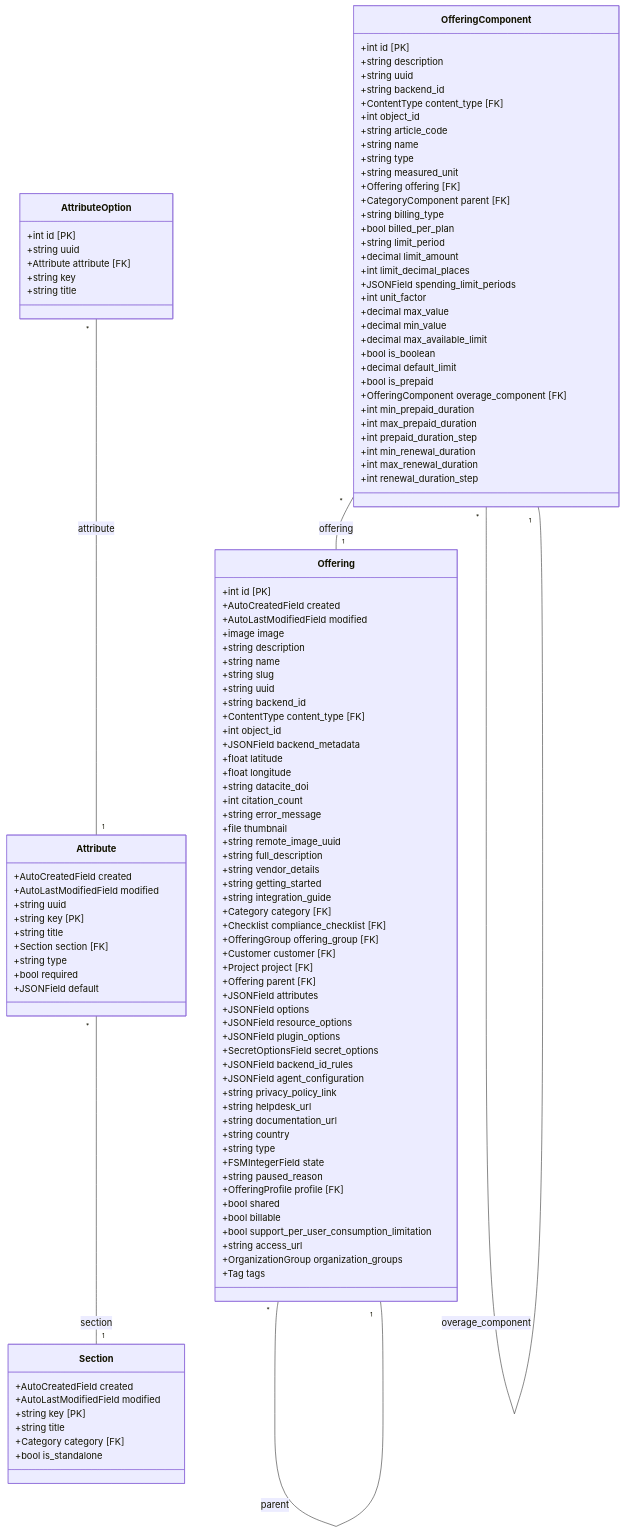
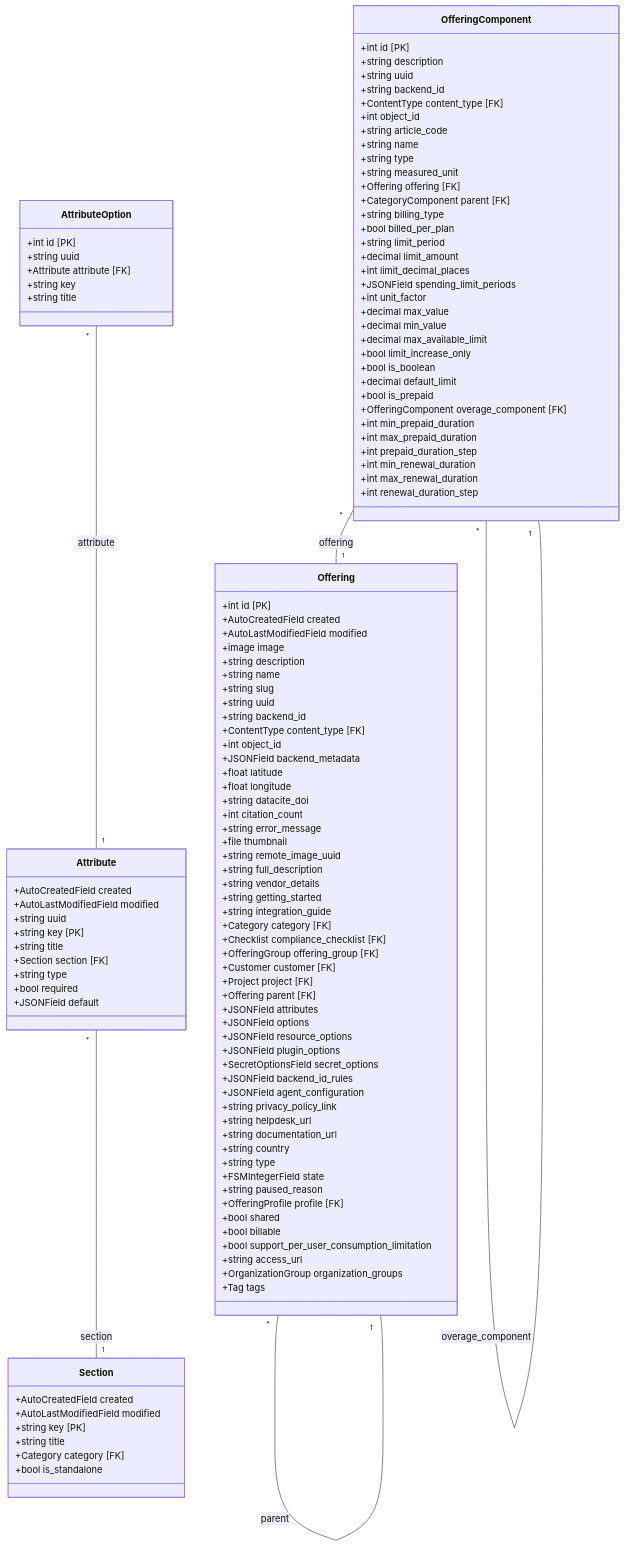
One commit to waldur/waldur-docs changed the diagram in docs/developer-guide/marketplace_catalog.mmd. Above: the diagram before and after it, drawn with Mermaid. The commit also changed 62 other files, not shown here.

```diff
--- a/docs/developer-guide/marketplace_catalog.mmd
+++ b/docs/developer-guide/marketplace_catalog.mmd
@@ -1,119 +1,120 @@
 classDiagram
     direction TB
     class Section {
         +AutoCreatedField created
         +AutoLastModifiedField modified
         +string key [PK]
         +string title
         +Category category [FK]
         +bool is_standalone
     }
     class Attribute {
         +AutoCreatedField created
         +AutoLastModifiedField modified
         +string uuid
         +string key [PK]
         +string title
         +Section section [FK]
         +string type
         +bool required
         +JSONField default
     }
     class AttributeOption {
         +int id [PK]
         +string uuid
         +Attribute attribute [FK]
         +string key
         +string title
     }
     class Offering {
         +int id [PK]
         +AutoCreatedField created
         +AutoLastModifiedField modified
         +image image
         +string description
         +string name
         +string slug
         +string uuid
         +string backend_id
         +ContentType content_type [FK]
         +int object_id
         +JSONField backend_metadata
         +float latitude
         +float longitude
         +string datacite_doi
         +int citation_count
         +string error_message
         +file thumbnail
         +string remote_image_uuid
         +string full_description
         +string vendor_details
         +string getting_started
         +string integration_guide
         +Category category [FK]
         +Checklist compliance_checklist [FK]
         +OfferingGroup offering_group [FK]
         +Customer customer [FK]
         +Project project [FK]
         +Offering parent [FK]
         +JSONField attributes
         +JSONField options
         +JSONField resource_options
         +JSONField plugin_options
         +SecretOptionsField secret_options
         +JSONField backend_id_rules
         +JSONField agent_configuration
         +string privacy_policy_link
         +string helpdesk_url
         +string documentation_url
         +string country
         +string type
         +FSMIntegerField state
         +string paused_reason
         +OfferingProfile profile [FK]
         +bool shared
         +bool billable
         +bool support_per_user_consumption_limitation
         +string access_url
         +OrganizationGroup organization_groups
         +Tag tags
     }
     class OfferingComponent {
         +int id [PK]
         +string description
         +string uuid
         +string backend_id
         +ContentType content_type [FK]
         +int object_id
         +string article_code
         +string name
         +string type
         +string measured_unit
         +Offering offering [FK]
         +CategoryComponent parent [FK]
         +string billing_type
         +bool billed_per_plan
         +string limit_period
         +decimal limit_amount
         +int limit_decimal_places
         +JSONField spending_limit_periods
         +int unit_factor
         +decimal max_value
         +decimal min_value
         +decimal max_available_limit
+        +bool limit_increase_only
         +bool is_boolean
         +decimal default_limit
         +bool is_prepaid
         +OfferingComponent overage_component [FK]
         +int min_prepaid_duration
         +int max_prepaid_duration
         +int prepaid_duration_step
         +int min_renewal_duration
         +int max_renewal_duration
         +int renewal_duration_step
     }
     Attribute "*" -- "1" Section : section
     AttributeOption "*" -- "1" Attribute : attribute
     Offering "*" -- "1" Offering : parent
     OfferingComponent "*" -- "1" Offering : offering
     OfferingComponent "*" -- "1" OfferingComponent : overage_component
```
